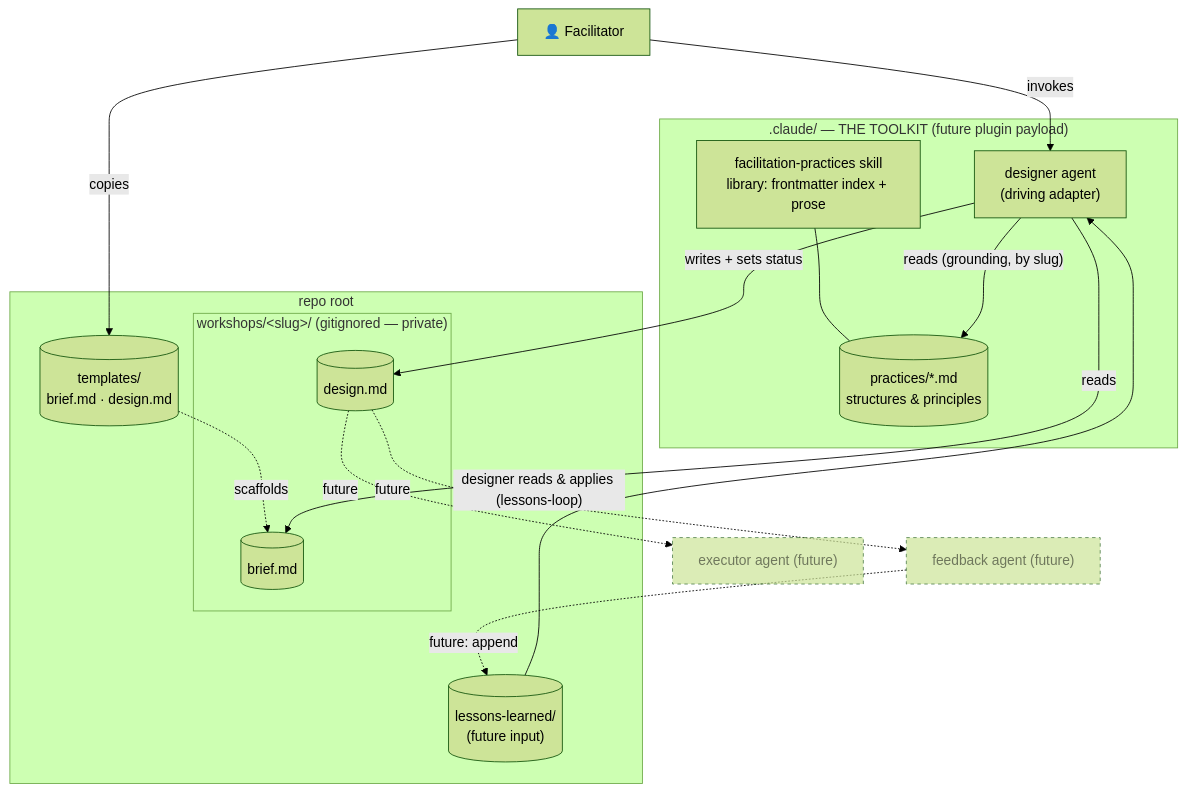
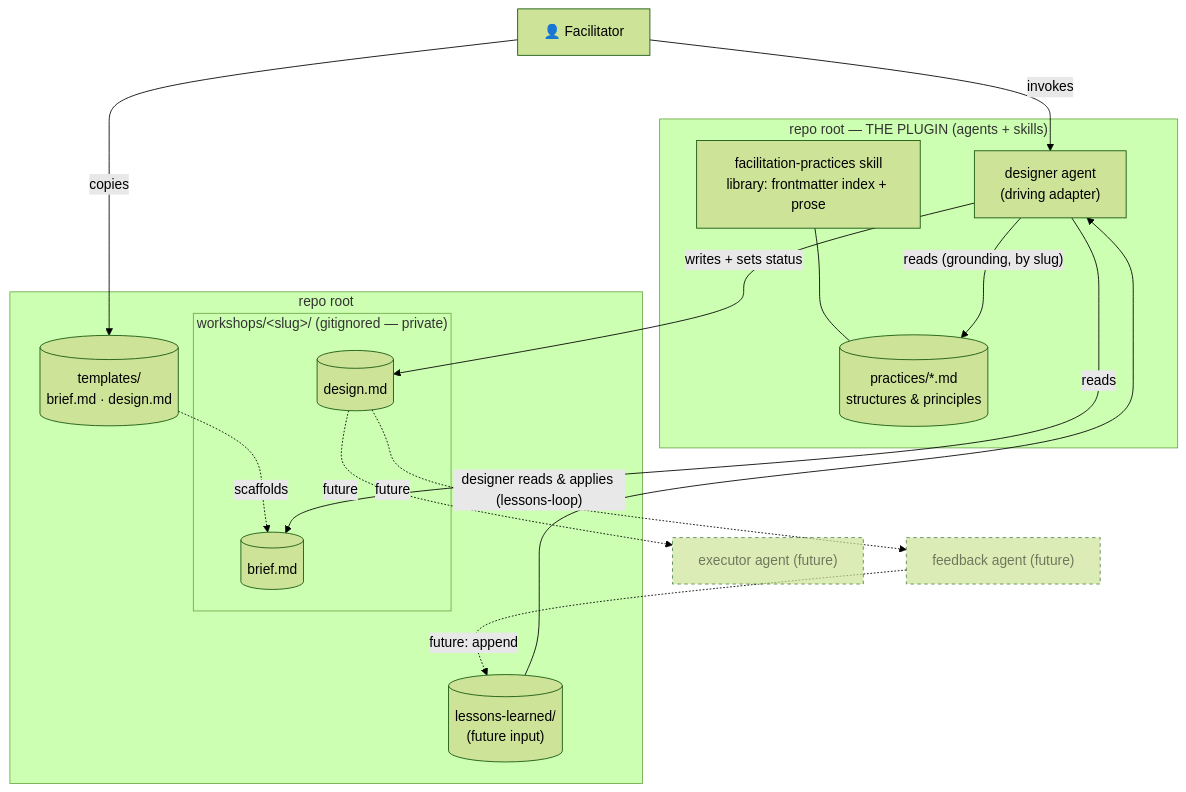
One commit to LetPeopleWork/LetPeopleWorkShop changed the second of 4 diagrams in docs/product/architecture/brief.md. Above: the diagram before and after it, drawn with Mermaid (forest theme). The commit also changed other lines of this file and 26 other files, not shown here.

First line of the commit message:
refactor: plugin-first — the repo IS the plugin (ADR-007)

````diff
--- a/docs/product/architecture/brief.md
+++ b/docs/product/architecture/brief.md
@@ -104,35 +105,35 @@
 ```mermaid
 flowchart TB
     facilitator["👤 Facilitator"]
 
-    subgraph claude[".claude/ — THE TOOLKIT (future plugin payload)"]
+    subgraph claude["repo root — THE PLUGIN (agents + skills)"]
       designer["designer agent<br/>(driving adapter)"]
       skill["facilitation-practices skill<br/>library: frontmatter index + prose"]
       practices[("practices/*.md<br/>structures &amp; principles")]
       skill --- practices
     end
 
     subgraph root["repo root"]
       templates[("templates/<br/>brief.md · design.md")]
       subgraph store["workshops/&lt;slug&gt;/  (gitignored — private)"]
         brief[("brief.md")]
         design[("design.md")]
       end
       lessons[("lessons-learned/<br/>(future input)")]
     end
 
     facilitator -->|"invokes"| designer
     facilitator -->|"copies"| templates
     templates -.->|"scaffolds"| brief
     designer -->|"reads (grounding, by slug)"| practices
     designer -->|"reads"| brief
     designer -->|"writes + sets status"| design
     lessons -->|"designer reads &amp; applies (lessons-loop)"| designer
 
     executor["executor agent (future)"]:::future
     feedback["feedback agent (future)"]:::future
     design -.->|"future"| executor
     design -.->|"future"| feedback
     feedback -.->|"future: append"| lessons
     classDef future stroke-dasharray: 4 4,opacity:0.7;
 ```
````
